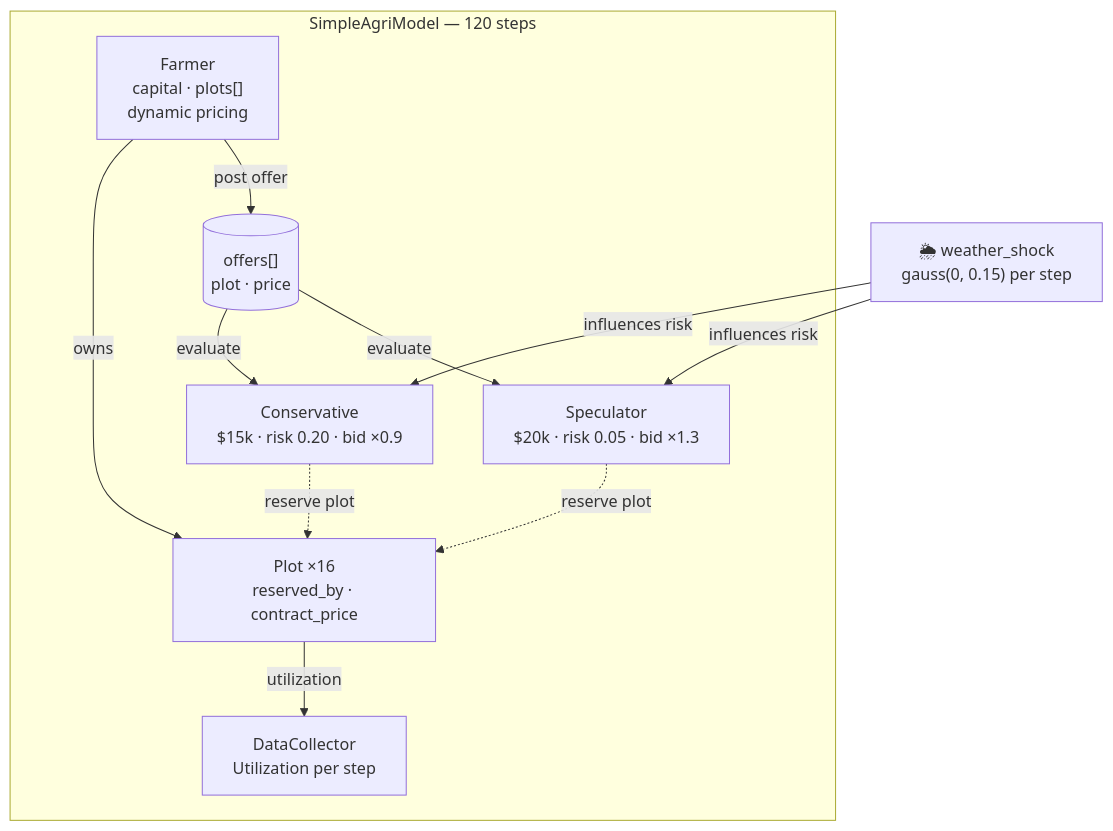
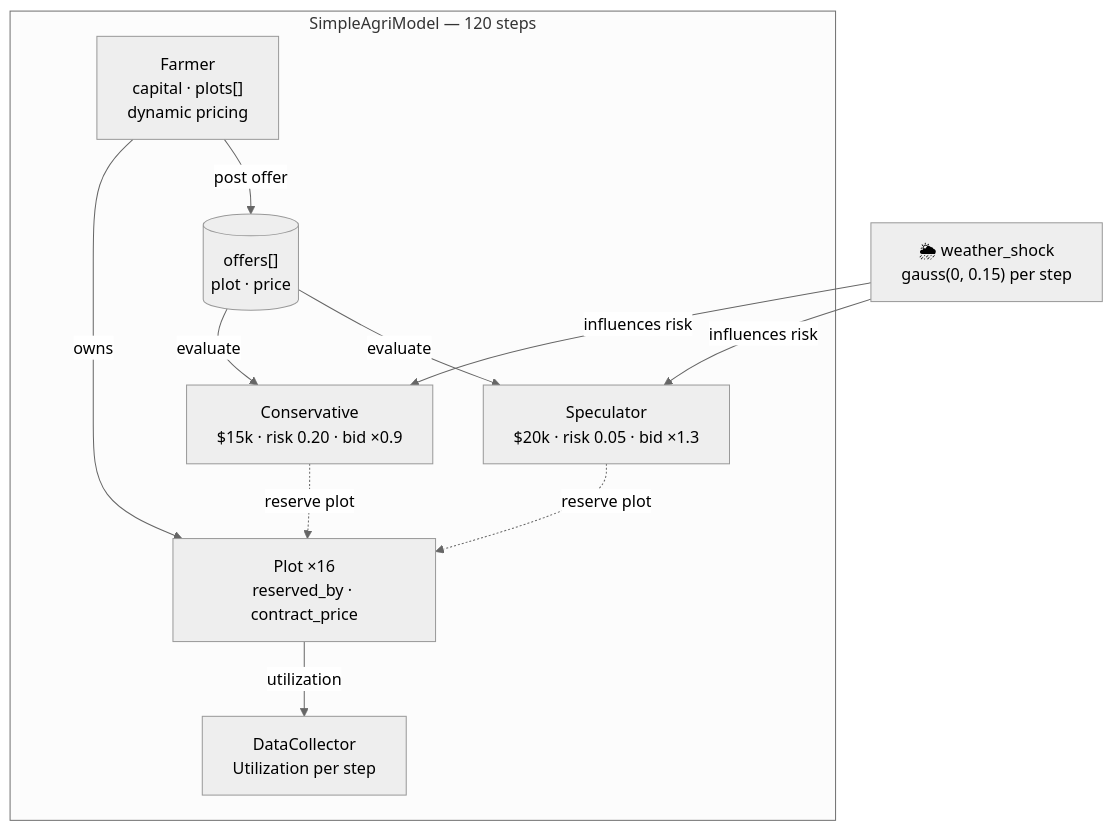
Before and after one commit to RDjarbeng/agent-environment-simulation: the diagram in readme.md, drawn with Mermaid.

Commit message:
doc: Change mermaid diagram theme to 'neutral' for increased clarity

````diff
--- a/readme.md
+++ b/readme.md
@@ -23,23 +23,24 @@
 ```mermaid
+ %%{init: { 'theme':'neutral', 'sequence': {'useMaxWidth':false} } }%%
 flowchart TD
     WS["🌦 weather_shock\ngauss(0, 0.15) per step"]
 
     subgraph Model["SimpleAgriModel — 120 steps"]
         Farmer["Farmer\ncapital · plots[]\ndynamic pricing"]
         Offers[("offers[]\nplot · price")]
         Plots["Plot ×16\nreserved_by · contract_price"]
         Spec["Speculator\n$20k · risk 0.05 · bid ×1.3"]
         Cons["Conservative\n$15k · risk 0.20 · bid ×0.9"]
         DC["DataCollector\nUtilization per step"]
     end
 
     WS -->|influences risk| Spec
     WS -->|influences risk| Cons
     Farmer -->|post offer| Offers
     Farmer -->|owns| Plots
     Offers -->|evaluate| Spec
     Offers -->|evaluate| Cons
     Spec -.->|reserve plot| Plots
     Cons -.->|reserve plot| Plots
     Plots -->|utilization| DC
 ```
````
